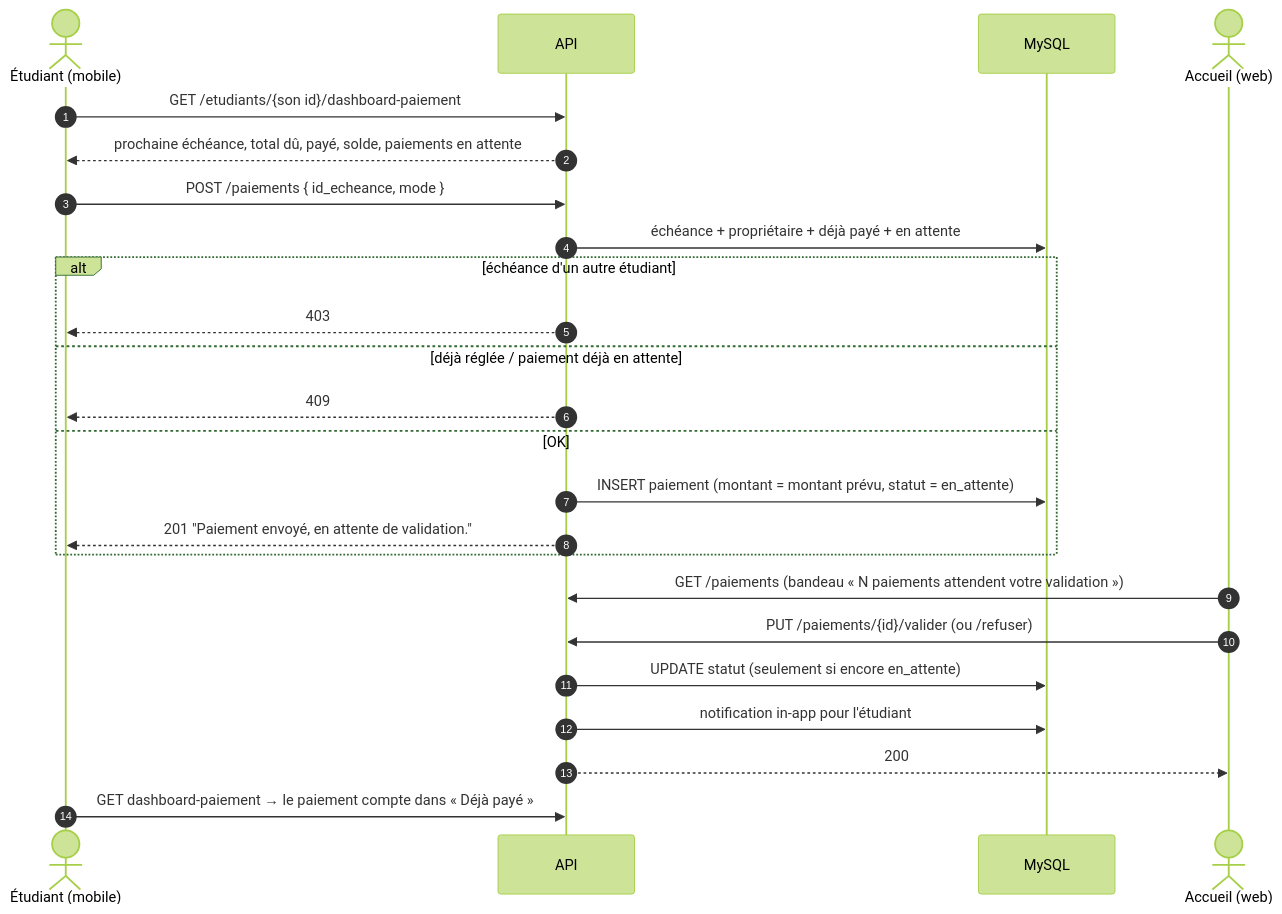
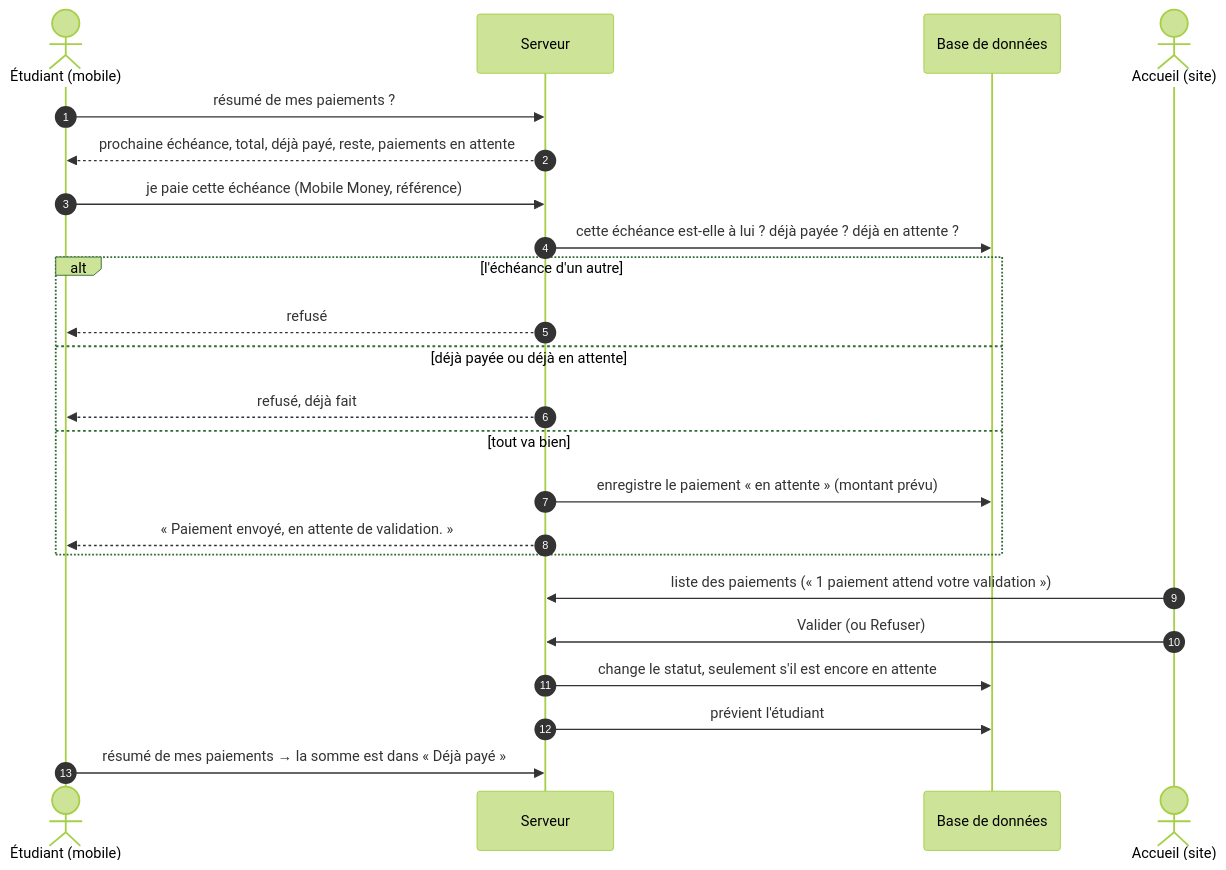
One commit to eliaTolojanahary/gestionFormation_stage changed the tenth of 23 diagrams in FLUX-APPLICATION.md. Above: the diagram before and after it, drawn with Mermaid (forest theme). The commit also changed other lines of this file and 69 other files, not shown here.

````diff
--- a/FLUX-APPLICATION.md
+++ b/FLUX-APPLICATION.md
@@ -810,28 +1152,27 @@
 ```mermaid
 sequenceDiagram
     autonumber
     actor E as Étudiant (mobile)
-    participant API
-    participant DB as MySQL
-    actor A as Accueil (web)
+    participant API as Serveur
+    participant DB as Base de données
+    actor A as Accueil (site)
 
-    E->>API: GET /etudiants/{son id}/dashboard-paiement
-    API-->>E: prochaine échéance, total dû, payé, solde, paiements en attente
-    E->>API: POST /paiements { id_echeance, mode }
-    API->>DB: échéance + propriétaire + déjà payé + en attente
-    alt échéance d'un autre étudiant
-        API-->>E: 403
-    else déjà réglée / paiement déjà en attente
-        API-->>E: 409
-    else OK
-        API->>DB: INSERT paiement (montant = montant prévu, statut = en_attente)
-        API-->>E: 201 "Paiement envoyé, en attente de validation."
+    E->>API: résumé de mes paiements ?
+    API-->>E: prochaine échéance, total, déjà payé, reste, paiements en attente
+    E->>API: je paie cette échéance (Mobile Money, référence)
+    API->>DB: cette échéance est-elle à lui ? déjà payée ? déjà en attente ?
+    alt l'échéance d'un autre
+        API-->>E: refusé
+    else déjà payée ou déjà en attente
+        API-->>E: refusé, déjà fait
+    else tout va bien
+        API->>DB: enregistre le paiement « en attente » (montant prévu)
+        API-->>E: « Paiement envoyé, en attente de validation. »
     end
 
-    A->>API: GET /paiements (bandeau « N paiements attendent votre validation »)
-    A->>API: PUT /paiements/{id}/valider (ou /refuser)
-    API->>DB: UPDATE statut (seulement si encore en_attente)
-    API->>DB: notification in-app pour l'étudiant
-    API-->>A: 200
-    E->>API: GET dashboard-paiement → le paiement compte dans « Déjà payé »
+    A->>API: liste des paiements (« 1 paiement attend votre validation »)
+    A->>API: Valider (ou Refuser)
+    API->>DB: change le statut, seulement s'il est encore en attente
+    API->>DB: prévient l'étudiant
+    E->>API: résumé de mes paiements → la somme est dans « Déjà payé »
 ```
````
